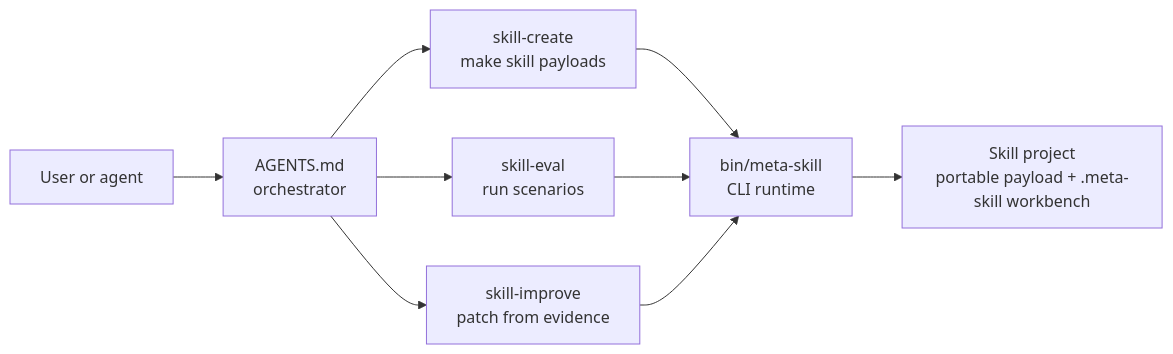
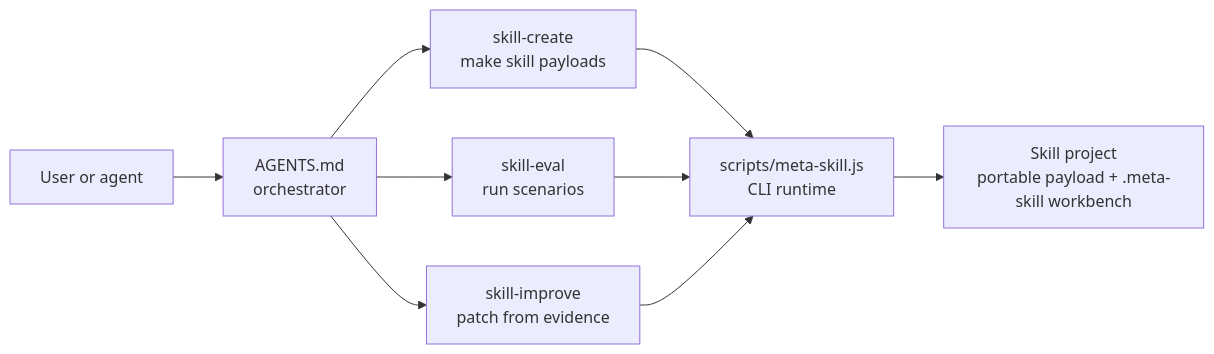
Before and after one commit to rishirsv/dots: the first of 6 diagrams in plugins/meta-skill/architecture.md, drawn with Mermaid. The commit also changed other lines of this file and 56 other files, not shown here.

Commit message:
Move Meta Skill package to plugin root

````diff
--- a/plugins/meta-skill/architecture.md
+++ b/plugins/meta-skill/architecture.md
@@ -9,11 +9,11 @@
 ```mermaid
 flowchart LR
   user["User or agent"] --> orchestrator["AGENTS.md\norchestrator"]
   orchestrator --> create["skill-create\nmake skill payloads"]
   orchestrator --> eval["skill-eval\nrun scenarios"]
   orchestrator --> improve["skill-improve\npatch from evidence"]
-  create --> cli["bin/meta-skill\nCLI runtime"]
+  create --> cli["scripts/meta-skill.js\nCLI runtime"]
   eval --> cli
   improve --> cli
   cli --> project["Skill project\nportable payload + .meta-skill workbench"]
 ```
````
